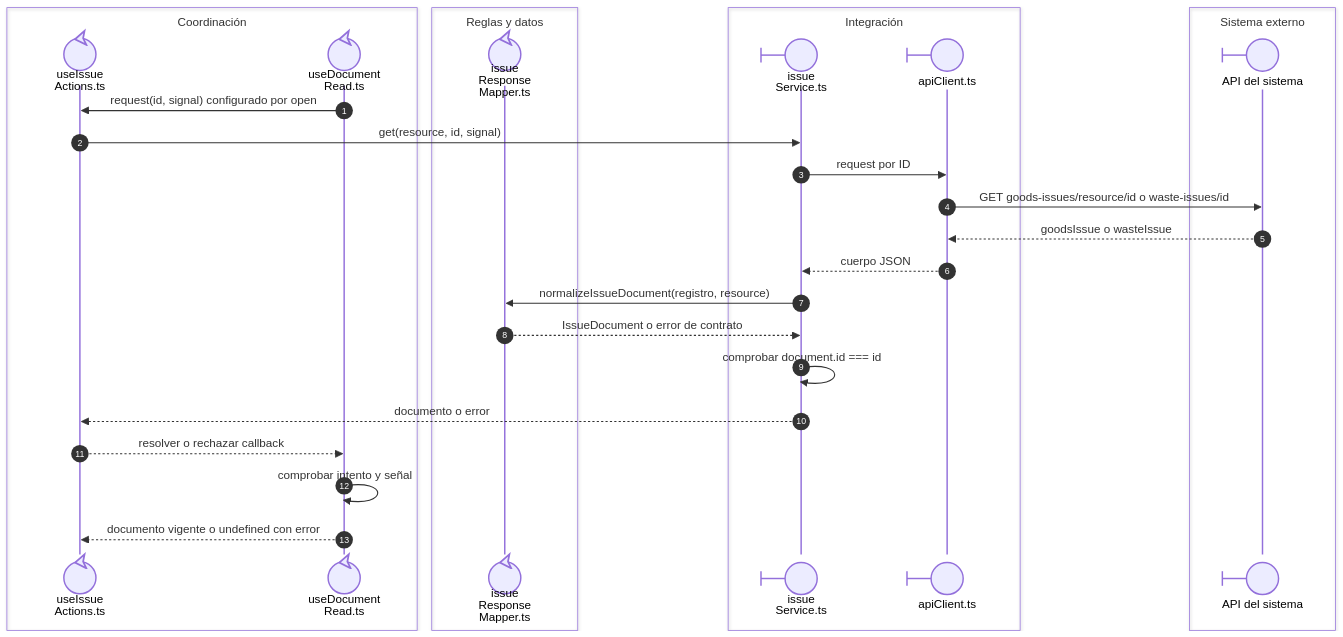
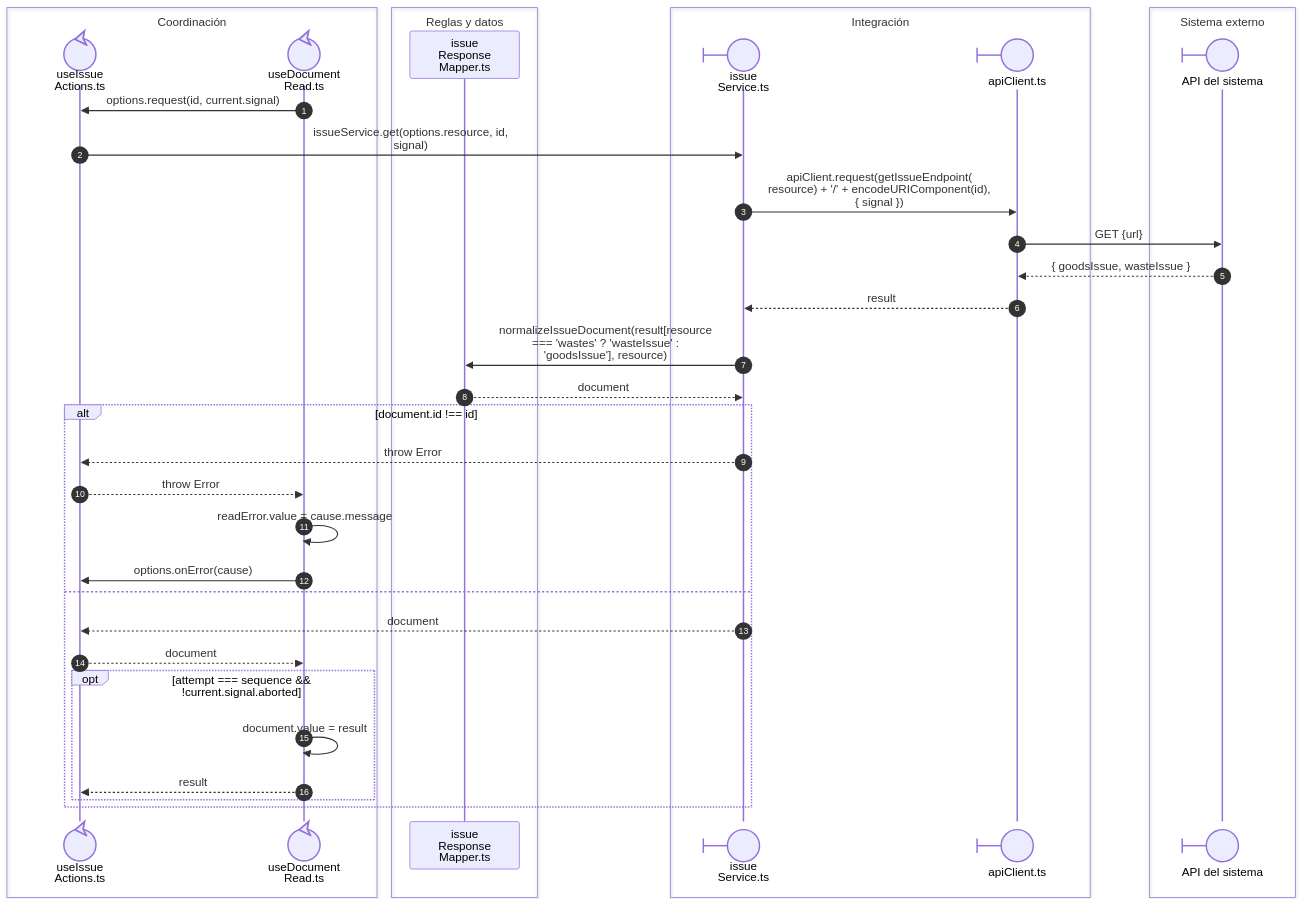
Before and after one commit to gpgsistemas01/nexus: the diagram in front/docs/architecture/views/processes/07-issues/05-issue-read-transport.md, drawn with Mermaid. The commit also changed other lines of this file and 43 other files, not shown here.

````diff
--- a/front/docs/architecture/views/processes/07-issues/05-issue-read-transport.md
+++ b/front/docs/architecture/views/processes/07-issues/05-issue-read-transport.md
@@ -12,31 +7,39 @@
 ```mermaid
 sequenceDiagram
     autonumber
     box Coordinación
     participant Actions@{ "type": "control" } as useIssue<br/>Actions.ts
     participant Reader@{ "type": "control" } as useDocument<br/>Read.ts
     end
     box Reglas y datos
-    participant Mapper@{ "type": "control" } as issue<br/>Response<br/>Mapper.ts
+    participant Mapper as issue<br/>Response<br/>Mapper.ts
     end
     box Integración
     participant Service@{ "type": "boundary" } as issue<br/>Service.ts
     participant HTTP@{ "type": "boundary" } as apiClient.ts
     end
     box Sistema externo
     participant API@{ "type": "boundary" } as API del sistema
     end
-    Reader->>Actions: request(id, signal) configurado por open
-    Actions->>Service: get(resource, id, signal)
-    Service->>HTTP: request por ID
-    HTTP->>API: GET goods-issues/resource/id o waste-issues/id
-    API-->>HTTP: goodsIssue o wasteIssue
-    HTTP-->>Service: cuerpo JSON
-    Service->>Mapper: normalizeIssueDocument(registro, resource)
-    Mapper-->>Service: IssueDocument o error de contrato
-    Service->>Service: comprobar document.id === id
-    Service-->>Actions: documento o error
-    Actions-->>Reader: resolver o rechazar callback
-    Reader->>Reader: comprobar intento y señal
-    Reader-->>Actions: documento vigente o undefined con error
+    Reader->>Actions: nowrap: options.request(id, current.signal)
+    Actions->>Service: nowrap: issueService.get(options.resource, id,<br/>signal)
+    Service->>HTTP: nowrap: apiClient.request(getIssueEndpoint(<br/>resource) + '/' + encodeURIComponent(id),<br/>{ signal })
+    HTTP->>API: nowrap: GET {url}
+    API-->>HTTP: nowrap: { goodsIssue, wasteIssue }
+    HTTP-->>Service: nowrap: result
+    Service->>Mapper: nowrap: normalizeIssueDocument(result[resource<br/>=== 'wastes' ? 'wasteIssue' :<br/>'goodsIssue'], resource)
+    Mapper-->>Service: nowrap: document
+    alt nowrap: document.id !== id
+        Service-->>Actions: nowrap: throw Error
+        Actions-->>Reader: nowrap: throw Error
+        Reader->>Reader: nowrap: readError.value = cause.message
+        Reader->>Actions: nowrap: options.onError(cause)
+    else
+        Service-->>Actions: nowrap: document
+        Actions-->>Reader: nowrap: document
+        opt nowrap: attempt === sequence && !current.signal.aborted
+            Reader->>Reader: nowrap: document.value = result
+            Reader-->>Actions: nowrap: result
+        end
+    end
 ```
````
